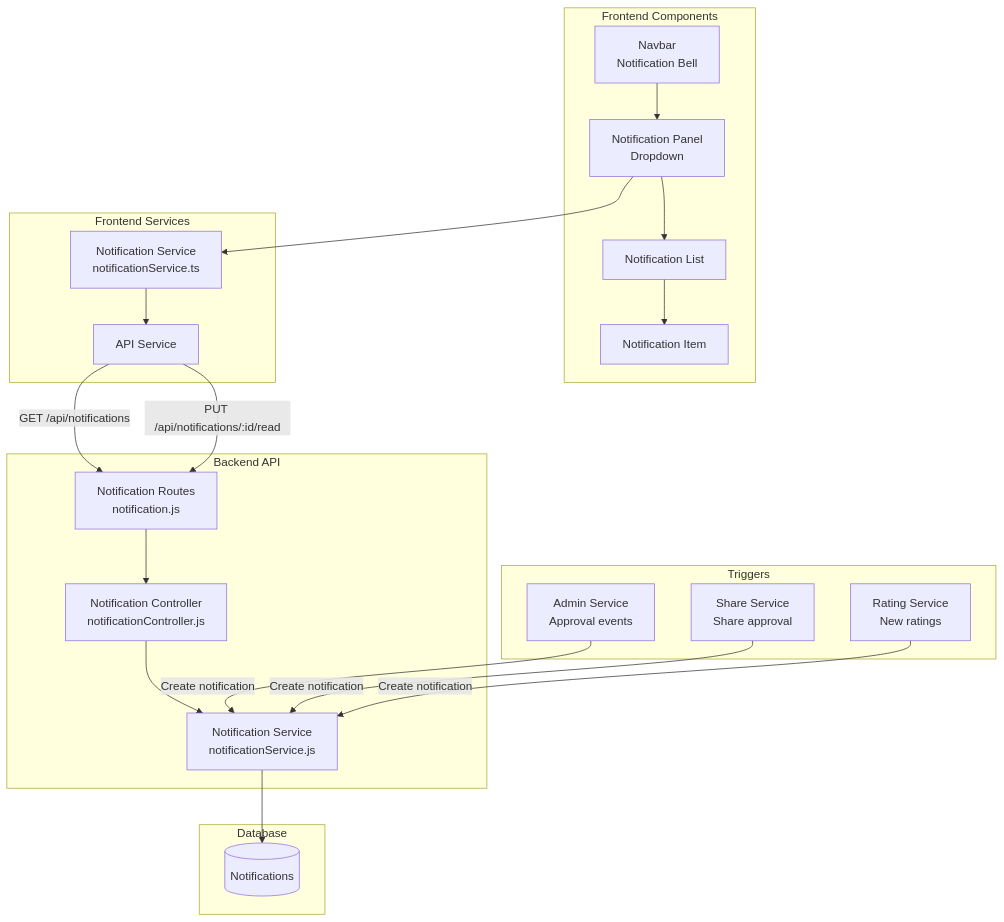
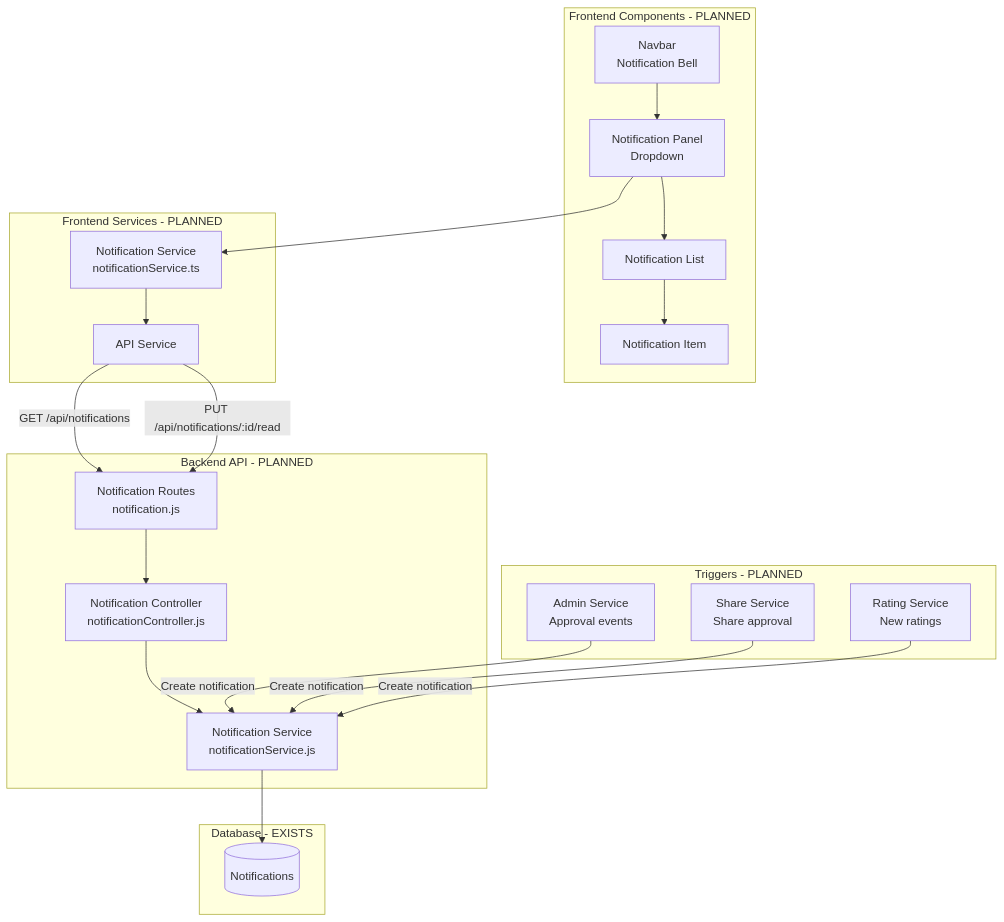
Before and after one commit to tikpoptv/MUSE-MUSIC: diagram 17 of 21 in diagrams/component-diagrams.md, drawn with Mermaid. The commit also changed other lines of this file, not shown here.

````diff
--- a/diagrams/component-diagrams.md
+++ b/diagrams/component-diagrams.md
@@ -1071,47 +1082,47 @@
 ```mermaid
 graph TB
-    subgraph "Frontend Components"
+    subgraph "Frontend Components - PLANNED"
         NAVBAR[Navbar<br/>Notification Bell]
         NOTIFPANEL[Notification Panel<br/>Dropdown]
         NOTIFLIST[Notification List]
         NOTIFITEM[Notification Item]
     end
     
-    subgraph "Frontend Services"
+    subgraph "Frontend Services - PLANNED"
         NOTIFSVC_F[Notification Service<br/>notificationService.ts]
         APISVC_F[API Service]
     end
     
-    subgraph "Backend API"
+    subgraph "Backend API - PLANNED"
         NOTIFROUTE[Notification Routes<br/>notification.js]
         NOTIFCTRL[Notification Controller<br/>notificationController.js]
         NOTIFSVC_B[Notification Service<br/>notificationService.js]
     end
     
-    subgraph "Triggers"
+    subgraph "Triggers - PLANNED"
         ADMINSVC[Admin Service<br/>Approval events]
         SHARESVC[Share Service<br/>Share approval]
         RATINGSVC[Rating Service<br/>New ratings]
     end
     
-    subgraph "Database"
+    subgraph "Database - EXISTS"
         NOTIFICATIONS[(Notifications)]
     end
     
     NAVBAR --> NOTIFPANEL
     NOTIFPANEL --> NOTIFLIST
     NOTIFLIST --> NOTIFITEM
     
     NOTIFPANEL --> NOTIFSVC_F
     NOTIFSVC_F --> APISVC_F
     APISVC_F -->|GET /api/notifications| NOTIFROUTE
     APISVC_F -->|PUT /api/notifications/:id/read| NOTIFROUTE
     
     NOTIFROUTE --> NOTIFCTRL
     NOTIFCTRL --> NOTIFSVC_B
     NOTIFSVC_B --> NOTIFICATIONS
     
     ADMINSVC -->|Create notification| NOTIFSVC_B
     SHARESVC -->|Create notification| NOTIFSVC_B
     RATINGSVC -->|Create notification| NOTIFSVC_B
 ```
````
